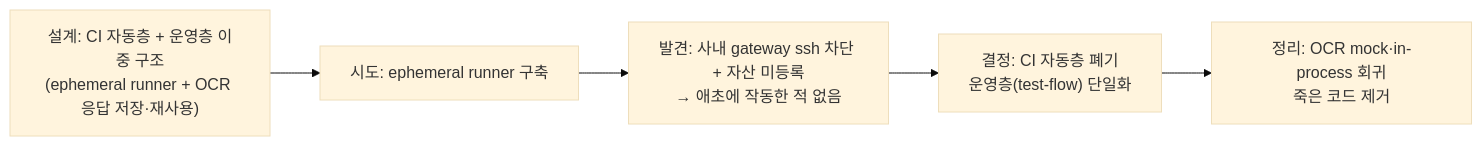
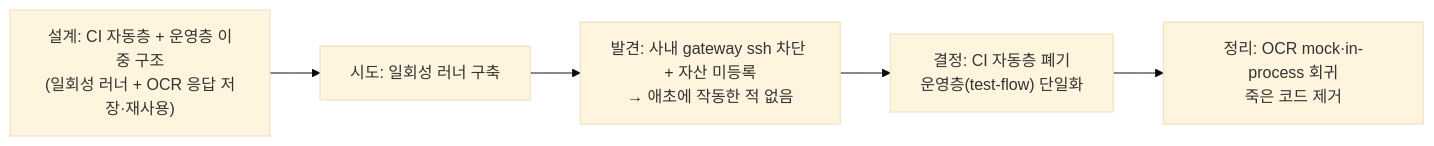
Before and after one commit to jon890/fos-study: the second of 2 diagrams in task/ai-service-team/docparser-quality-regression.md, drawn with Mermaid (base theme). The commit also changed other lines of this file and 2 other files, not shown here.

First line of the commit message:
docs(task): 문서 파싱과 OCR 업무 글을 2026년 9월 현황으로 갱신한다

````diff
--- a/task/ai-service-team/docparser-quality-regression.md
+++ b/task/ai-service-team/docparser-quality-regression.md
@@ -114,7 +114,7 @@
 ```mermaid
 flowchart LR
-    A["설계: CI 자동층 + 운영층 이중 구조<br/>(ephemeral runner + OCR 응답 저장·재사용)"] --> B["시도: ephemeral runner 구축"]
+    A["설계: CI 자동층 + 운영층 이중 구조<br/>(일회성 러너 + OCR 응답 저장·재사용)"] --> B["시도: 일회성 러너 구축"]
     B --> C["발견: 사내 gateway ssh 차단 + 자산 미등록<br/>→ 애초에 작동한 적 없음"]
     C --> D["결정: CI 자동층 폐기<br/>운영층(test-flow) 단일화"]
     D --> E["정리: OCR mock·in-process 회귀<br/>죽은 코드 제거"]
 ```
````
